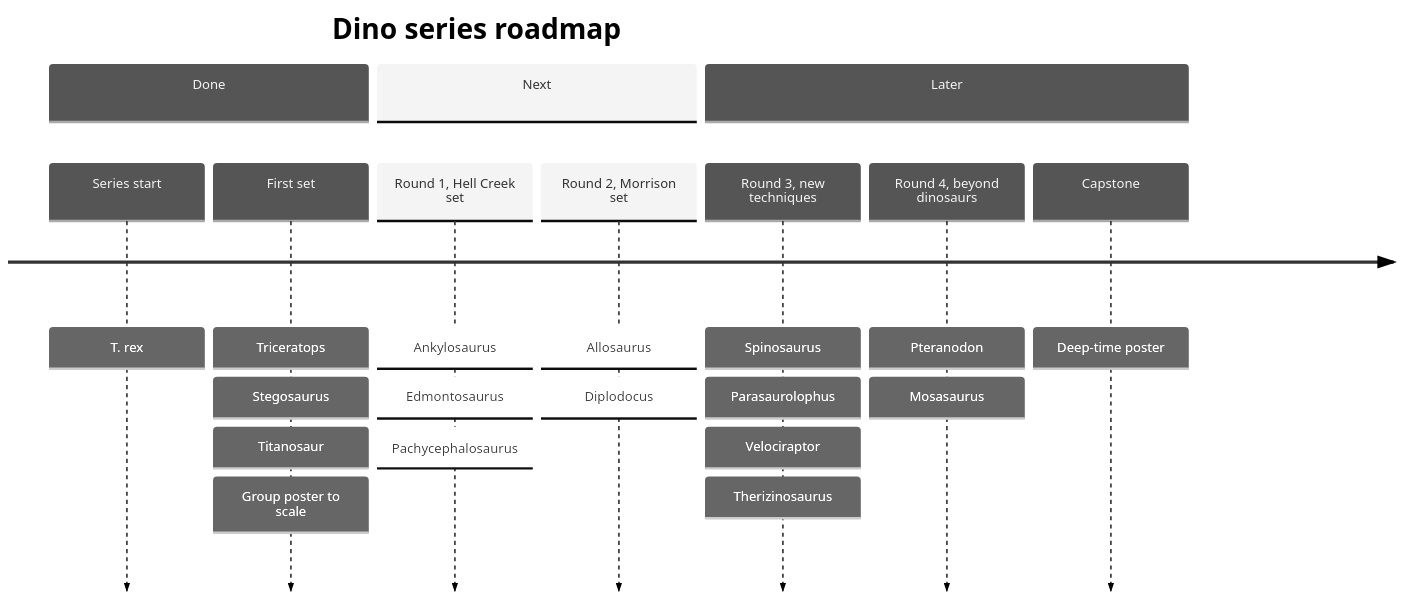
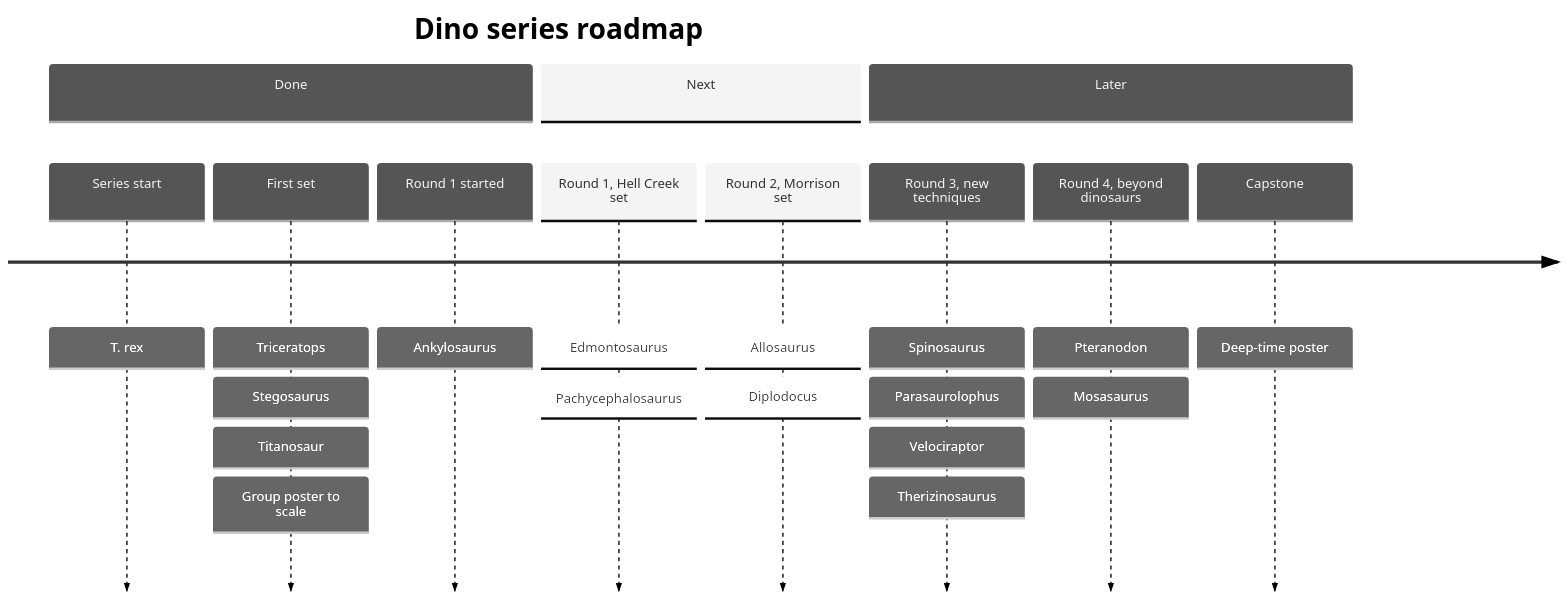
Before and after one commit to daffadaris/dino-series: the diagram in README.md, drawn with Mermaid (neutral theme). The commit also changed other lines of this file and 21 other files, not shown here.

````diff
--- a/README.md
+++ b/README.md
@@ -91,14 +105,15 @@
 ```mermaid
 timeline
     title Dino series roadmap
     section Done
         Series start : T. rex
         First set : Triceratops : Stegosaurus : Titanosaur : Group poster to scale
+        Round 1 started : Ankylosaurus
     section Next
-        Round 1, Hell Creek set : Ankylosaurus : Edmontosaurus : Pachycephalosaurus
+        Round 1, Hell Creek set : Edmontosaurus : Pachycephalosaurus
         Round 2, Morrison set : Allosaurus : Diplodocus
     section Later
         Round 3, new techniques : Spinosaurus : Parasaurolophus : Velociraptor : Therizinosaurus
         Round 4, beyond dinosaurs : Pteranodon : Mosasaurus
         Capstone : Deep-time poster
 ```
````
